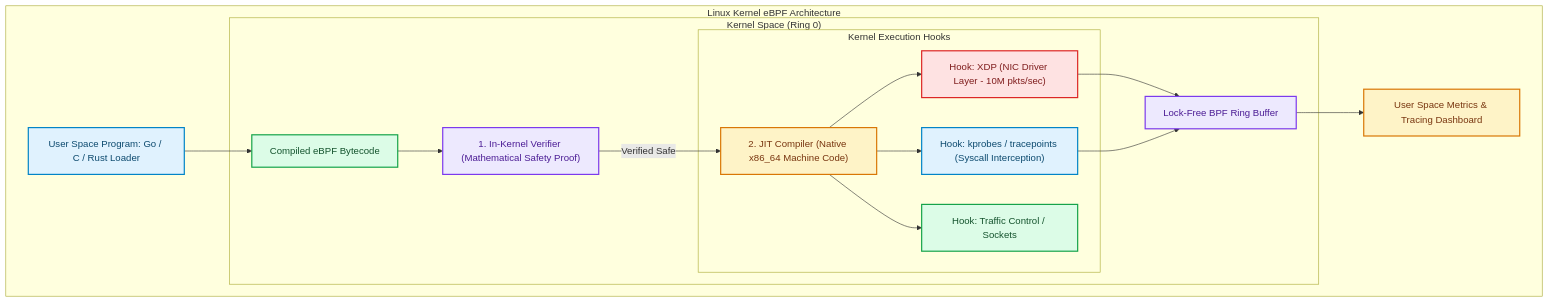
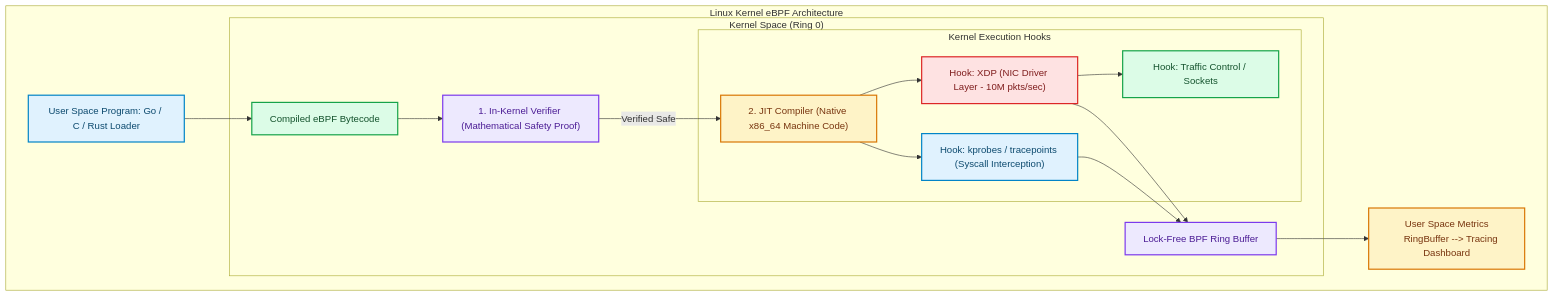
The first of 2 diagrams in blog/posts/linux-ebpf-internals-programmable-kernel-xdp-packet-filtering.md (akmalkhaniub/akmalkhaniub.github.io), drawn with Mermaid before and after one commit. The commit also changed other lines of this file and 894 other files, not shown here.

Commit message:
feat(blog): upgrade all 444 posts with unique staggered dates, 2-col Mermaid spines, benchmark tables, code blocks, and trade-offs

````diff
--- a/blog/posts/linux-ebpf-internals-programmable-kernel-xdp-packet-filtering.md
+++ b/blog/posts/linux-ebpf-internals-programmable-kernel-xdp-packet-filtering.md
@@ -14,32 +14,34 @@
 ```mermaid
 flowchart TD
   subgraph SG1_LinuxKernelEbpf ["Linux Kernel eBPF Architecture"]
     UserProg["User Space Program: Go / C / Rust Loader"] --> BPFBytecode["Compiled eBPF Bytecode"]
     
     subgraph SG2_KernelSpaceRing ["Kernel Space (Ring 0)"]
       BPFBytecode --> Verifier["1. In-Kernel Verifier (Mathematical Safety Proof)"]
       Verifier -->|Verified Safe| JIT["2. JIT Compiler (Native x86_64 Machine Code)"]
       
       subgraph SG3_KernelExecutionHooks ["Kernel Execution Hooks"]
         JIT --> XDP["Hook: XDP (NIC Driver Layer - 10M pkts/sec)"]
         JIT --> Kprobe["Hook: kprobes / tracepoints (Syscall Interception)"]
-        JIT --> TC["Hook: Traffic Control / Sockets"]
+        XDP --> TC["Hook: Traffic Control / Sockets"]
       end
       
-      XDP & Kprobe --> RingBuffer["Lock-Free BPF Ring Buffer"]
+      XDP --> RingBuffer["Lock-Free BPF Ring Buffer"]
+      Kprobe --> RingBuffer
     end
     
-    RingBuffer --> UserMetrics["User Space Metrics & Tracing Dashboard"]
+    RingBuffer --> UserMetrics["User Space Metrics
+    RingBuffer --> Tracing Dashboard"]
   end
 
 classDef green fill:#dcfce7,stroke:#16a34a,stroke-width:2px,color:#14532d;
 classDef red fill:#fee2e2,stroke:#dc2626,stroke-width:2px,color:#7f1d1d;
 classDef blue fill:#e0f2fe,stroke:#0284c7,stroke-width:2px,color:#0c4a6e;
 classDef yellow fill:#fef3c7,stroke:#d97706,stroke-width:2px,color:#78350f;
 classDef purple fill:#ede9fe,stroke:#7c3aed,stroke-width:2px,color:#4c1d95;
 class UserProg,Kprobe blue
 class BPFBytecode,TC green
 class Verifier,RingBuffer purple
 class JIT,UserMetrics yellow
 class XDP red
 ```
````
